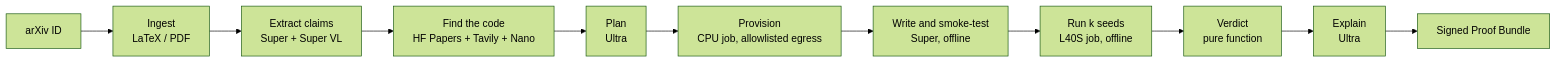
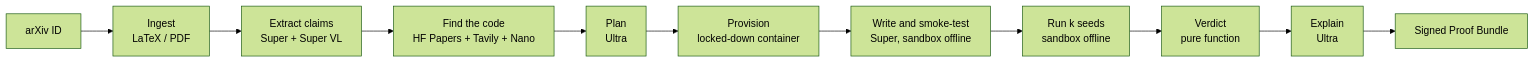
One commit to atozzi-dev/paper2proof changed the diagram in README.md. Above: the diagram before and after it, drawn with Mermaid (forest theme). The commit also changed other lines of this file and 3 other files, not shown here.

First line of the commit message:
docs: README, Devpost, architecture and limitations describe the hybrid deploy

````diff
--- a/README.md
+++ b/README.md
@@ -58,13 +58,13 @@
 ```mermaid
 flowchart LR
     A["arXiv ID"] --> I["Ingest<br/>LaTeX / PDF"]
     I --> C["Extract claims<br/>Super + Super VL"]
     C --> D["Find the code<br/>HF Papers + Tavily + Nano"]
     D --> P["Plan<br/>Ultra"]
-    P --> PR["Provision<br/>CPU job, allowlisted egress"]
-    PR --> S["Write and smoke-test<br/>Super, offline"]
-    S --> E["Run k seeds<br/>L40S job, offline"]
+    P --> PR["Provision<br/>locked-down container"]
+    PR --> S["Write and smoke-test<br/>Super, sandbox offline"]
+    S --> E["Run k seeds<br/>sandbox offline"]
     E --> V["Verdict<br/>pure function"]
     V --> J["Explain<br/>Ultra"]
     J --> B["Signed Proof Bundle"]
 ```
````
